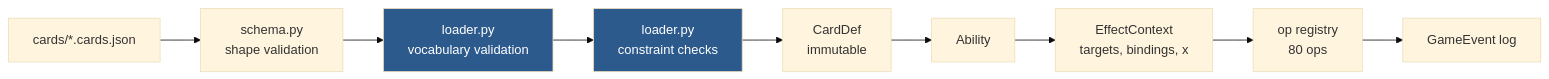
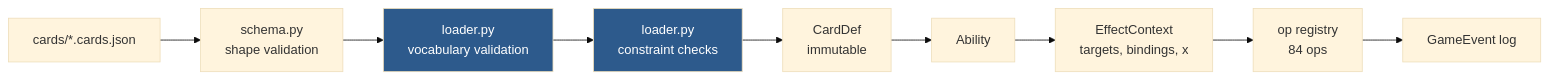
The diagram in docs/card-dsl.md (TylerGauntlett/commander-blitz), drawn with Mermaid (base theme) before and after one commit. The commit also changed other lines of this file and 57 other files, not shown here.

````diff
--- a/docs/card-dsl.md
+++ b/docs/card-dsl.md
@@ -6,14 +6,14 @@
 ```mermaid
 flowchart LR
     json["cards/*.cards.json"] --> pydantic["schema.py<br/>shape validation"]
     pydantic --> vocab["loader.py<br/>vocabulary validation"]
     vocab --> constraints["loader.py<br/>constraint checks"]
     constraints --> carddef["CardDef<br/>immutable"]
     carddef --> ability["Ability"]
     ability --> ctx["EffectContext<br/>targets, bindings, x"]
-    ctx --> ops["op registry<br/>80 ops"]
+    ctx --> ops["op registry<br/>84 ops"]
     ops --> events["GameEvent log"]
 
     style vocab fill:#2d5a8c,color:#fff
     style constraints fill:#2d5a8c,color:#fff
 ```
````
